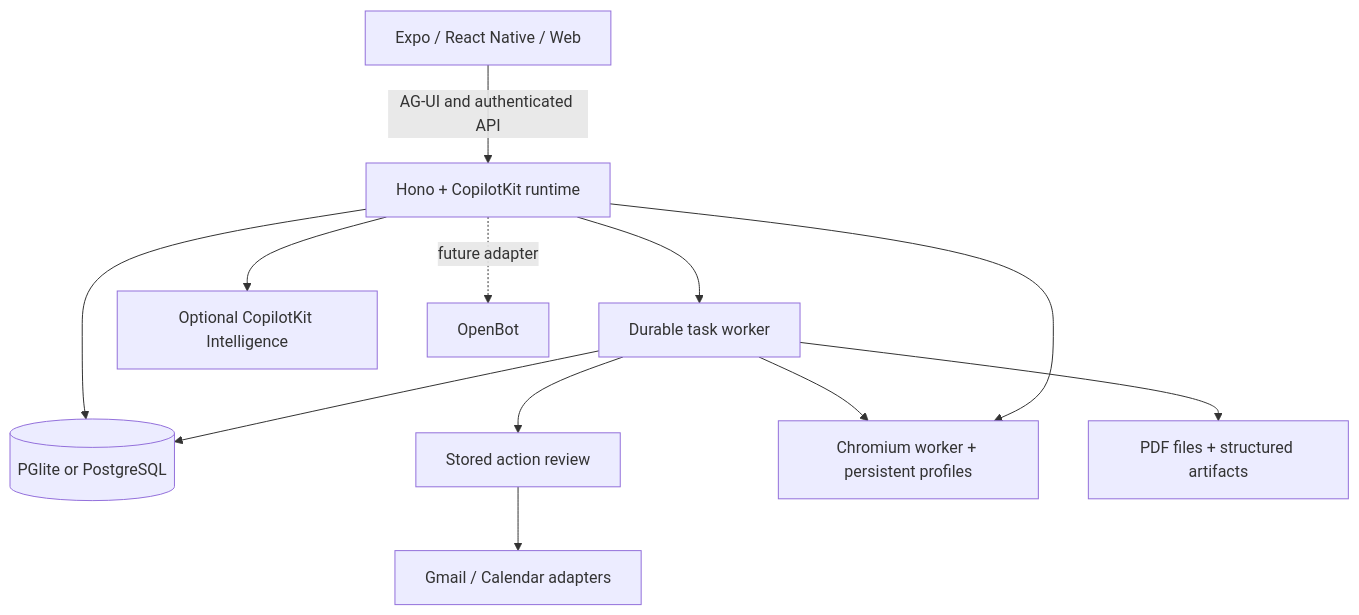
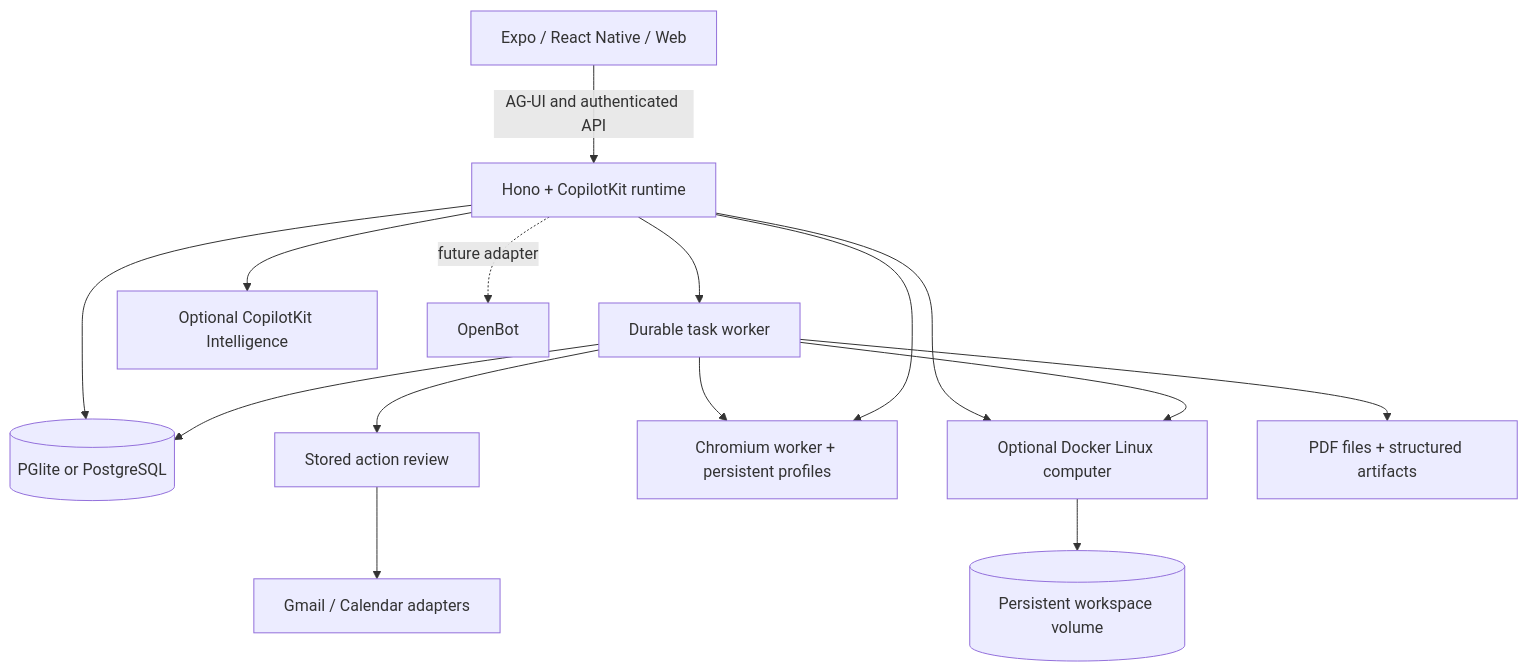
The diagram in README.md (Akshmit/openmuse), drawn with Mermaid before and after one commit. The commit also changed other lines of this file and 4 other files, not shown here.

````diff
--- a/README.md
+++ b/README.md
@@ -118,14 +132,17 @@
 ```mermaid
 flowchart TD
   Client[Expo / React Native / Web] -->|AG-UI and authenticated API| API[Hono + CopilotKit runtime]
   API --> Tasks[Durable task worker]
   API --> Threads[Optional CopilotKit Intelligence]
   API --> Store[(PGlite or PostgreSQL)]
   Tasks --> Store
   Tasks --> Review[Stored action review]
   Review --> Google[Gmail / Calendar adapters]
   Tasks --> Browser[Chromium worker + persistent profiles]
   API --> Browser
+  API --> Computer[Optional Docker Linux computer]
+  Tasks --> Computer
+  Computer --> Volume[(Persistent workspace volume)]
   Tasks --> Files[PDF files + structured artifacts]
   API -. future adapter .-> OpenBot[OpenBot]
 ```
````
